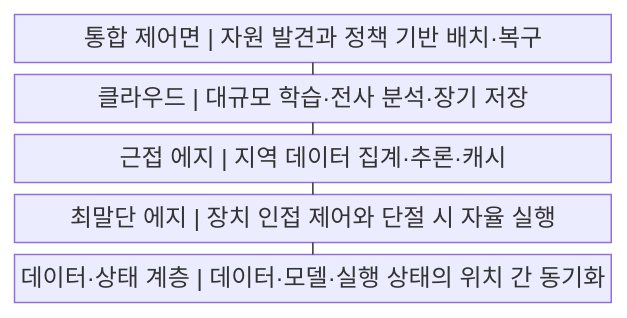
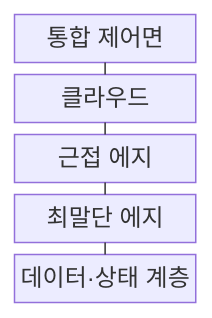
One commit to agnusdei1207/knowledge-base changed the first of 2 diagrams in src/content/docs/notes/04-network/048_computing_continuum.md. Above: the diagram before and after it, drawn with Mermaid. The commit also changed 122 other files, not shown here.

````diff
--- a/src/content/docs/notes/04-network/048_computing_continuum.md
+++ b/src/content/docs/notes/04-network/048_computing_continuum.md
@@ -56,13 +56,13 @@
 ```mermaid
-block
+block-beta
     columns 1
-    A["통합 제어면 | 자원 발견과 정책 기반 배치·복구"]
-    B["클라우드 | 대규모 학습·전사 분석·장기 저장"]
-    C["근접 에지 | 지역 데이터 집계·추론·캐시"]
-    D["최말단 에지 | 장치 인접 제어와 단절 시 자율 실행"]
-    E["데이터·상태 계층 | 데이터·모델·실행 상태의 위치 간 동기화"]
+    A["통합 제어면"]
+    B["클라우드"]
+    C["근접 에지"]
+    D["최말단 에지"]
+    E["데이터·상태 계층"]
     A --- B
     B --- C
     C --- D
     D --- E
 ```
````
